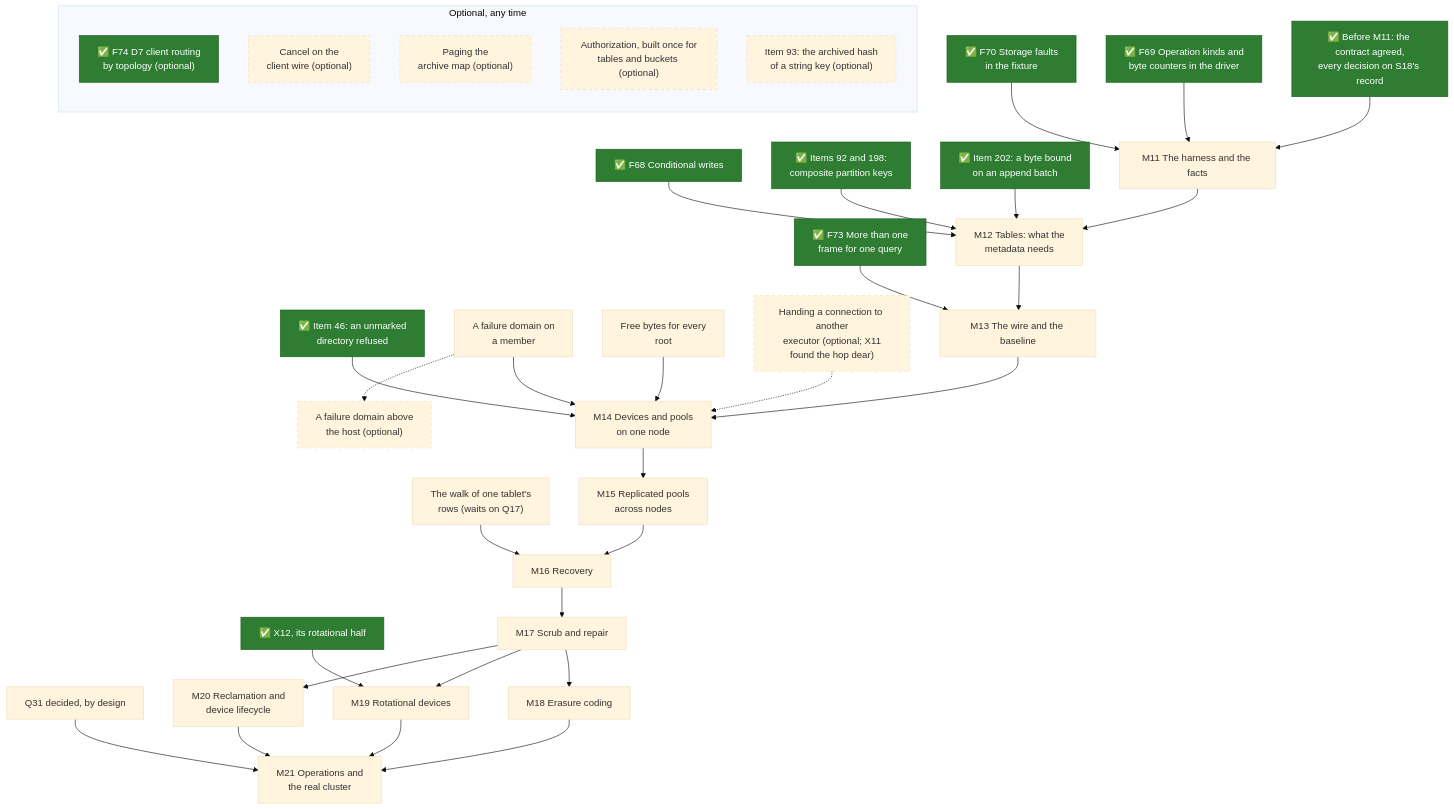
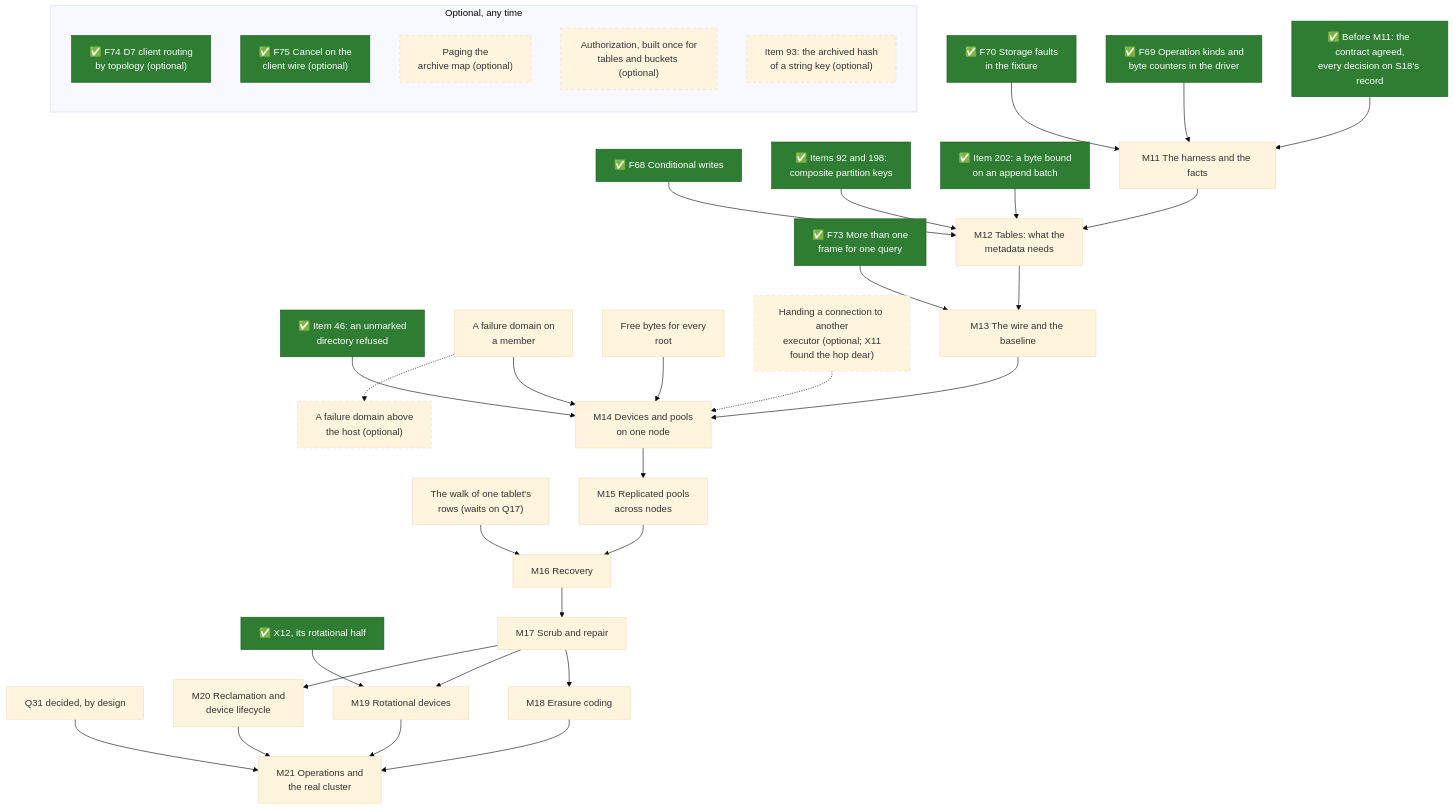
One commit to mjcarson/shoal changed the second of 2 diagrams in docs/src/object-storage/whats-left-todo.md. Above: the diagram before and after it, drawn with Mermaid (base theme). The commit also changed other lines of this file and 66 other files, not shown here.

````diff
--- a/docs/src/object-storage/whats-left-todo.md
+++ b/docs/src/object-storage/whats-left-todo.md
@@ -122,57 +124,57 @@
 ```mermaid
 flowchart TB
     classDef done fill:#2e7d32,stroke:#1b5e20,color:#ffffff
     classDef optional stroke-dasharray: 5 5
     Gate["✅ Before M11: the contract agreed,<br>every decision on S18's record"]:::done
     F69["✅ F69 Operation kinds and<br>byte counters in the driver"]:::done
     F70["✅ F70 Storage faults<br>in the fixture"]:::done
     F68["✅ F68 Conditional writes"]:::done
     I198["✅ Items 92 and 198:<br>composite partition keys"]:::done
     I202["✅ Item 202: a byte bound<br>on an append batch"]:::done
     I46["✅ Item 46: an unmarked<br>directory refused"]:::done
     Frames["✅ F73 More than one<br>frame for one query"]:::done
     Domain["A failure domain on<br>a member"]
     Free["Free bytes for every<br>root"]
     Walk["The walk of one tablet's<br>rows (waits on Q17)"]
     Handoff["Handing a connection to another<br>executor (optional; X11<br>found the hop dear)"]:::optional
     Rack["A failure domain above<br>the host (optional)"]:::optional
     X12r["✅ X12, its rotational half"]:::done
     Q31["Q31 decided, by design"]
     M11["M11 The harness and the facts"]
     M12["M12 Tables: what the<br>metadata needs"]
     M13["M13 The wire and the baseline"]
     M14["M14 Devices and pools<br>on one node"]
     M15["M15 Replicated pools<br>across nodes"]
     M16["M16 Recovery"]
     M17["M17 Scrub and repair"]
     M18["M18 Erasure coding"]
     M19["M19 Rotational devices"]
     M20["M20 Reclamation and<br>device lifecycle"]
     M21["M21 Operations and<br>the real cluster"]
     Gate --> M11 --> M12 --> M13 --> M14 --> M15 --> M16 --> M17
     M17 --> M18 --> M21
     M17 --> M19 --> M21
     M17 --> M20 --> M21
     F69 --> M11
     F70 --> M11
     F68 --> M12
     I198 --> M12
     I202 --> M12
     Frames --> M13
     I46 --> M14
     Domain --> M14
     Free --> M14
     Handoff -.-> M14
     Domain -.-> Rack
     Walk --> M16
     X12r --> M19
     Q31 --> M21
     subgraph anytime["Optional, any time"]
         direction TB
         D7["✅ F74 D7 client routing<br>by topology (optional)"]:::done
-        Cancel["Cancel on the<br>client wire (optional)"]:::optional
+        Cancel["✅ F75 Cancel on the<br>client wire (optional)"]:::done
         Paging["Paging the<br>archive map (optional)"]:::optional
         Authz["Authorization, built once for<br>tables and buckets (optional)"]:::optional
         I93["Item 93: the archived hash<br>of a string key (optional)"]:::optional
     end
 ```
````
